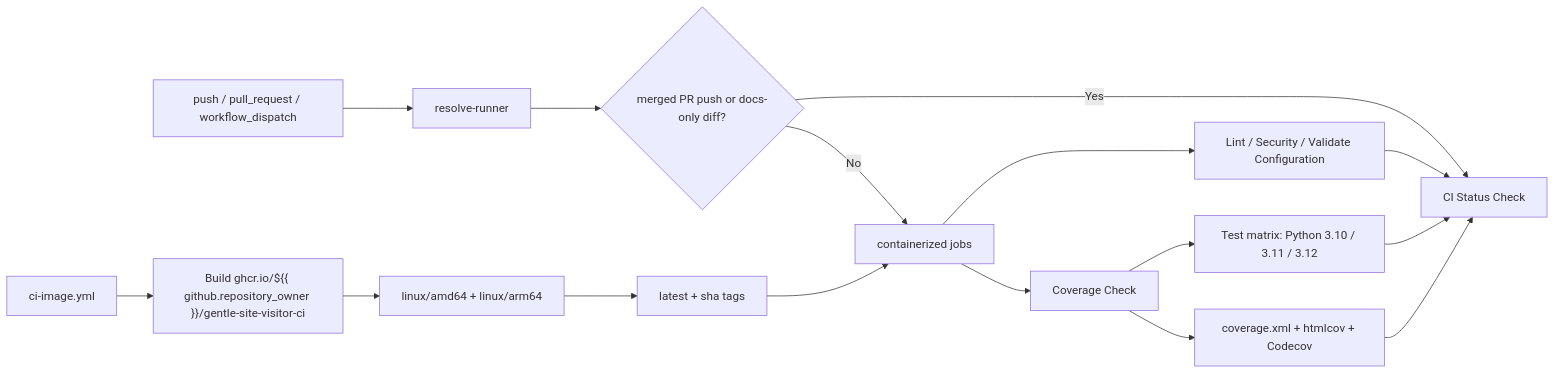
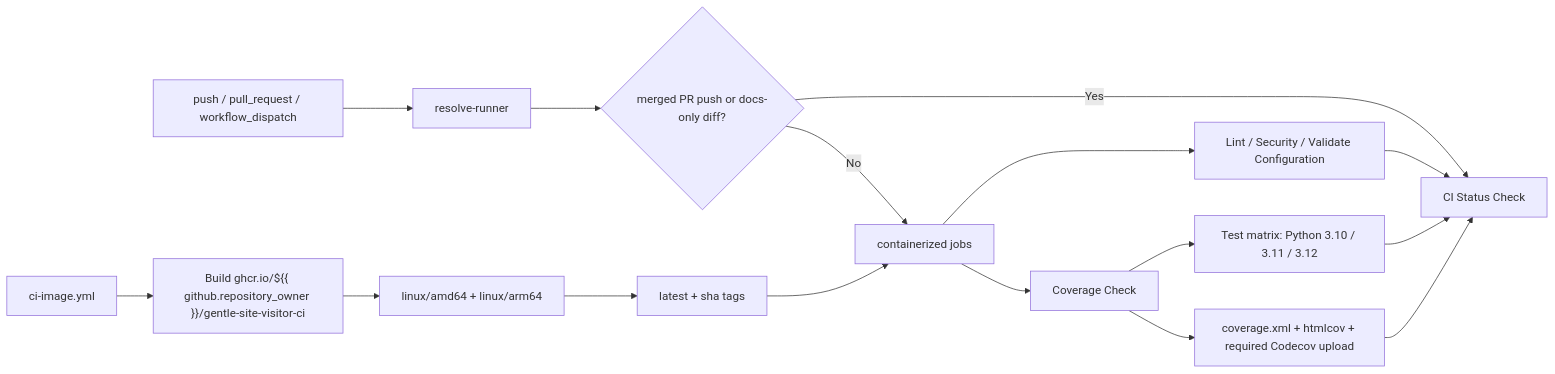
The diagram in docs/CI.md (amendez13/gentle-site-visitor), drawn with Mermaid before and after one commit. The commit also changed other lines of this file and 2 other files, not shown here.

Commit message:
ci: require Codecov coverage upload

````diff
--- a/docs/CI.md
+++ b/docs/CI.md
@@ -162,19 +181,19 @@
 ```mermaid
 flowchart LR
     A["push / pull_request / workflow_dispatch"] --> B["resolve-runner"]
     B --> B1{"merged PR push or docs-only diff?"}
     B1 -- Yes --> H["CI Status Check"]
     B1 -- No --> C["containerized jobs"]
     C --> D["Coverage Check"]
     C --> E["Lint / Security / Validate Configuration"]
     D --> F["Test matrix: Python 3.10 / 3.11 / 3.12"]
-    D --> G["coverage.xml + htmlcov + Codecov"]
+    D --> G["coverage.xml + htmlcov + required Codecov upload"]
     E --> H
     F --> H
     G --> H
 
     I["ci-image.yml"] --> J["Build ghcr.io/${{ github.repository_owner }}/gentle-site-visitor-ci"]
     J --> K["linux/amd64 + linux/arm64"]
     K --> L["latest + sha tags"]
     L --> C
 ```
````
